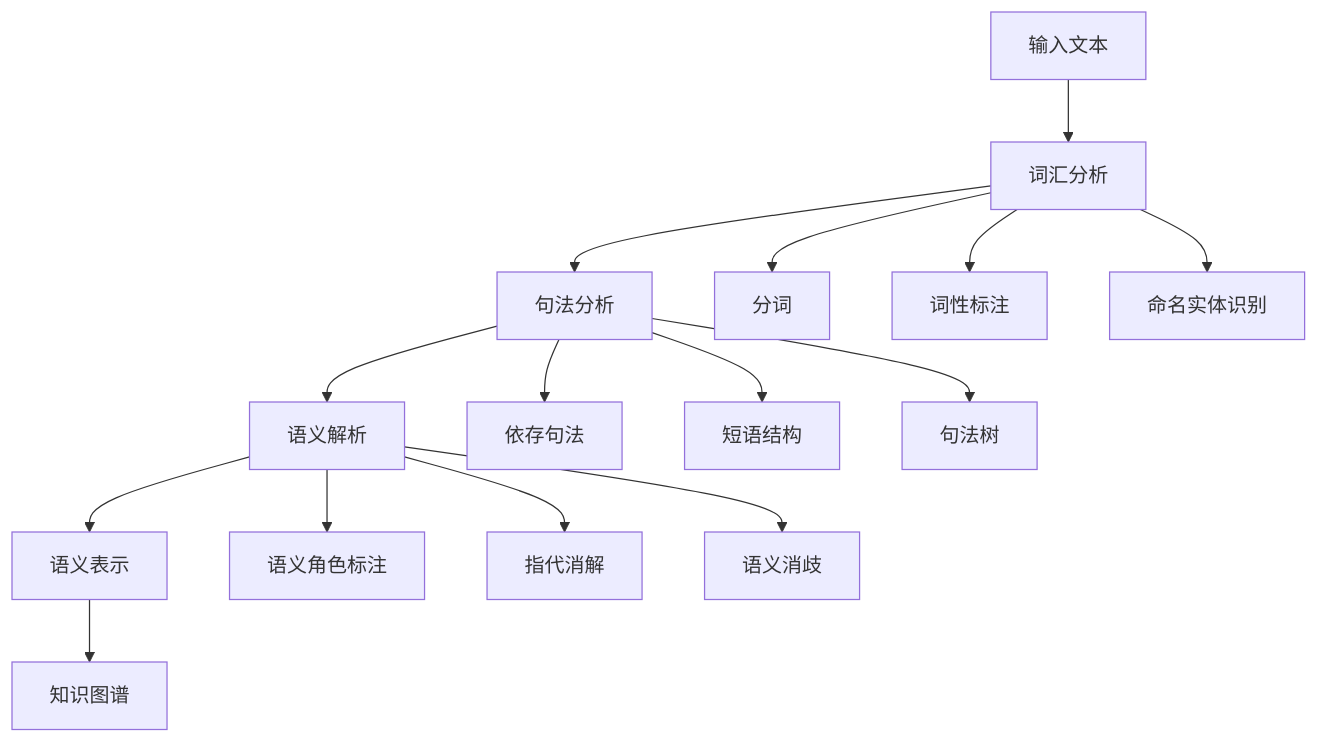
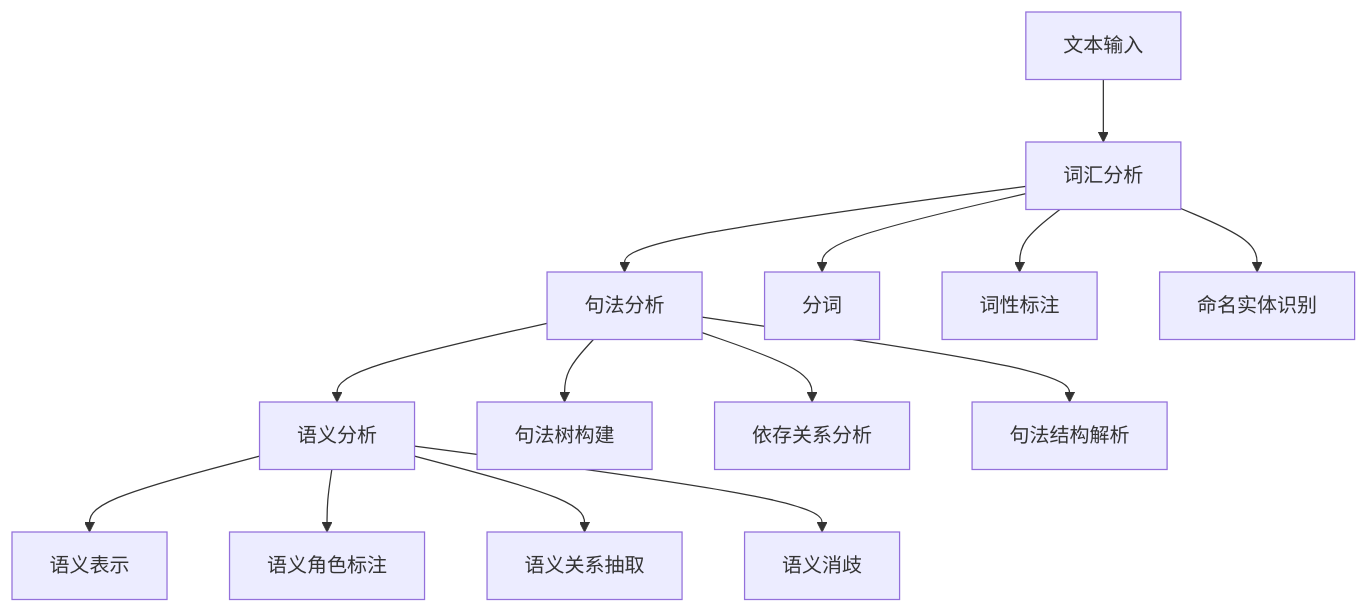
One commit to AdaMartin18010/KnowledgeGraph changed the diagram in docs/03-semantic-analysis/README.md. Above: the diagram before and after it, drawn with Mermaid. The commit also changed other lines of this file and 5 other files, not shown here.

````diff
--- a/docs/03-semantic-analysis/README.md
+++ b/docs/03-semantic-analysis/README.md
@@ -81,20 +83,19 @@
 ```mermaid
 graph TD
-    A[输入文本] --> B[词汇分析]
+    A[文本输入] --> B[词汇分析]
     B --> C[句法分析]
-    C --> D[语义解析]
+    C --> D[语义分析]
     D --> E[语义表示]
-    E --> F[知识图谱]
     
     B --> B1[分词]
     B --> B2[词性标注]
     B --> B3[命名实体识别]
     
-    C --> C1[依存句法]
-    C --> C2[短语结构]
-    C --> C3[句法树]
+    C --> C1[句法树构建]
+    C --> C2[依存关系分析]
+    C --> C3[句法结构解析]
     
     D --> D1[语义角色标注]
-    D --> D2[指代消解]
+    D --> D2[语义关系抽取]
     D --> D3[语义消歧]
 ```
````
